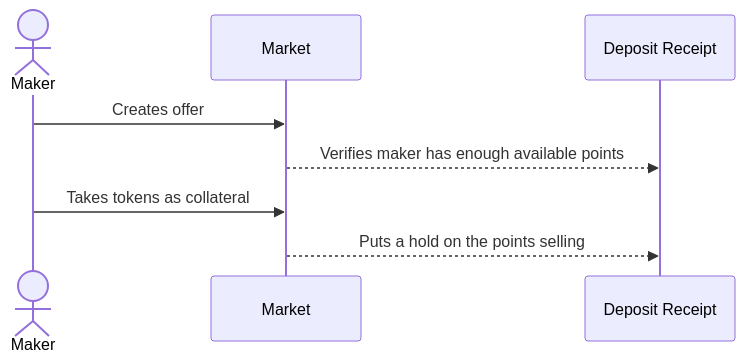
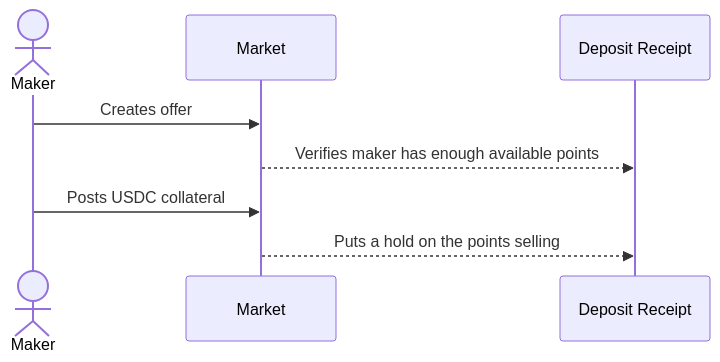
One commit to 0xPortalLabs/docs changed the first of 6 diagrams in architecture/market-trading.mdx. Above: the diagram before and after it, drawn with Mermaid. The commit also changed other lines of this file and 7 other files, not shown here.

````diff
--- a/architecture/market-trading.mdx
+++ b/architecture/market-trading.mdx
@@ -45,11 +54,11 @@
 ```mermaid
   sequenceDiagram
   actor Maker
   participant Market
   participant Deposit Receipt
 
   Maker->>Market: Creates offer
   Market-->>Deposit Receipt: Verifies maker has enough available points
-  Maker->>Market: Takes tokens as collateral
+  Maker->>Market: Posts USDC collateral
   Market-->>Deposit Receipt: Puts a hold on the points selling
 ```
````
